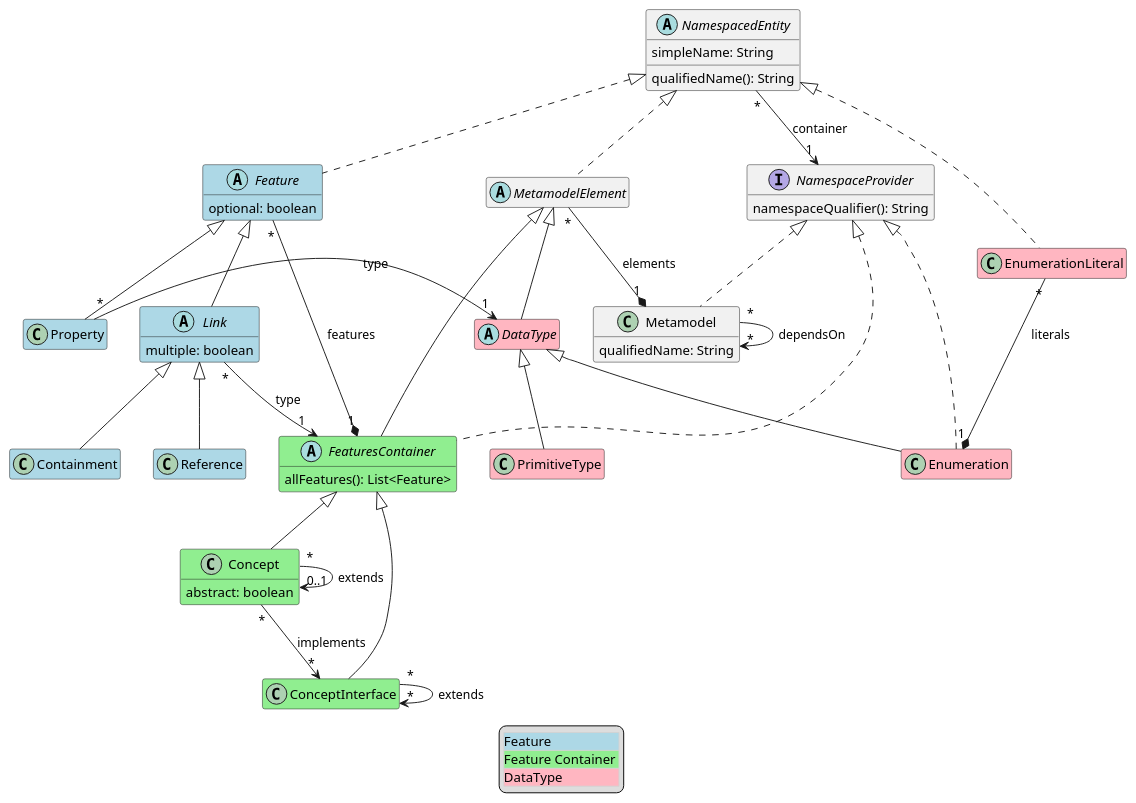
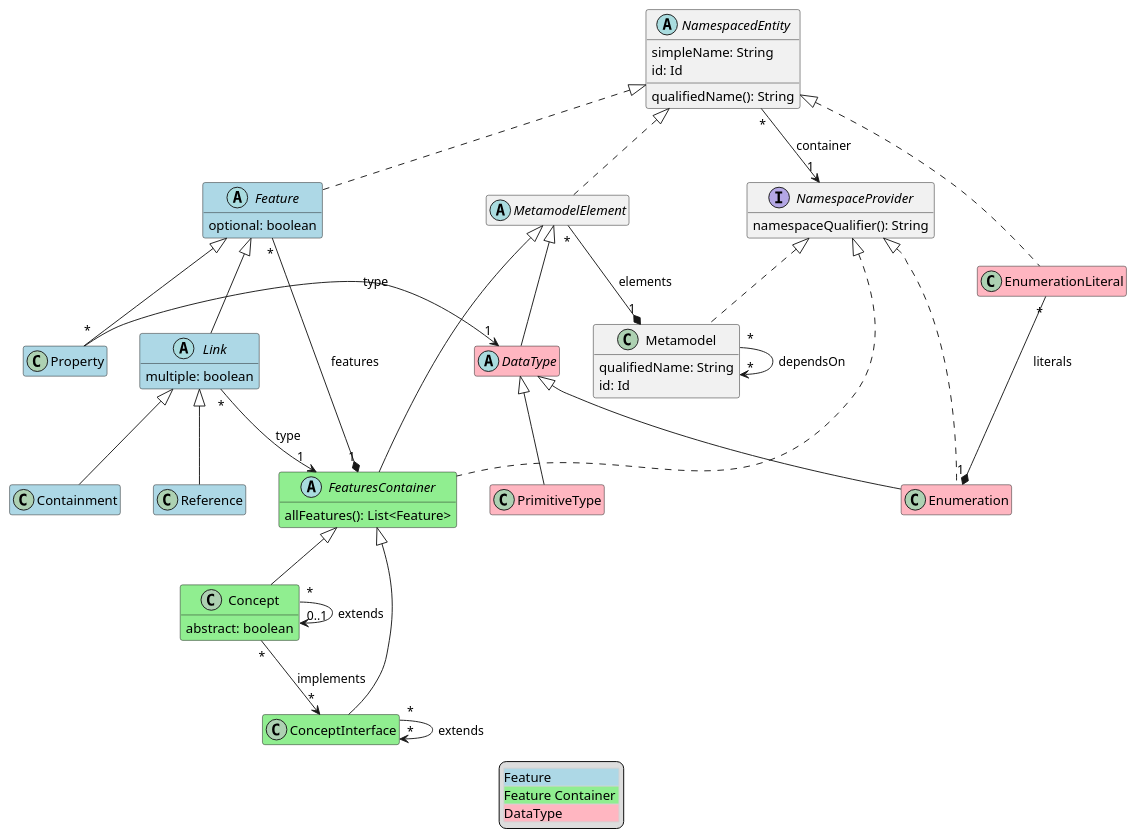
The diagram in lioncore/metametamodel.puml (LionWeb-io/specification), drawn with PlantUML before and after one commit. The commit also changed 1 other file, not shown here.

Commit message:
introduced attribute "id: Id" to NamespacedEntity and Metamodel in M3 diagram

```diff
--- a/lioncore/metametamodel.puml
+++ b/lioncore/metametamodel.puml
@@ -1,76 +1,78 @@
 @startuml
 hide empty members
 
 class Concept #LightGreen extends FeaturesContainer {
   abstract: boolean
 }
 
 class ConceptInterface #LightGreen extends FeaturesContainer
 
 class Containment #LightBlue extends Link
 
 abstract class DataType #LightPink extends MetamodelElement
 
 class Enumeration #LightPink extends DataType implements NamespaceProvider
 
 class EnumerationLiteral #LightPink implements NamespacedEntity
 
 abstract class Feature #LightBlue implements NamespacedEntity {
   optional: boolean
 }
 
 abstract class FeaturesContainer #LightGreen extends MetamodelElement implements NamespaceProvider {
   allFeatures(): List<Feature>
 }
 
 abstract class Link #LightBlue extends Feature {
   multiple: boolean
 }
 
 class Metamodel implements NamespaceProvider {
   qualifiedName: String
+  id: Id
 }
 
 abstract class MetamodelElement implements NamespacedEntity
 
 abstract class NamespacedEntity {
   simpleName: String
   qualifiedName(): String
+  id: Id
 }
 
 interface NamespaceProvider {
   namespaceQualifier(): String
 }
 
 class PrimitiveType #LightPink extends DataType
 
 class Property #LightBlue extends Feature
 
 class Reference #LightBlue extends Link
 
 ' relations:
 
 Concept "*" -> "0..1" Concept: extends
 Concept "*" --> "*" ConceptInterface: implements
 
 ConceptInterface "*" --> "*" ConceptInterface: extends
 
 EnumerationLiteral "*" -* "1" Enumeration : literals
 
 Feature "*" -* "1" FeaturesContainer: features
 
 Link "*" --> "1" FeaturesContainer: type
 
 Metamodel "*" --> "*" Metamodel: dependsOn
 MetamodelElement "*" -* "1" Metamodel: elements
 
 NamespacedEntity "*" --> "1" NamespaceProvider: container
 
 Property "*" -> "1" DataType: type
 
 legend
   <#LightGray,#LightGray>| <#LightBlue>Feature |
   | <#LightGreen>Feature Container |
   | <#LightPink>DataType |
 end legend
 @enduml
```
